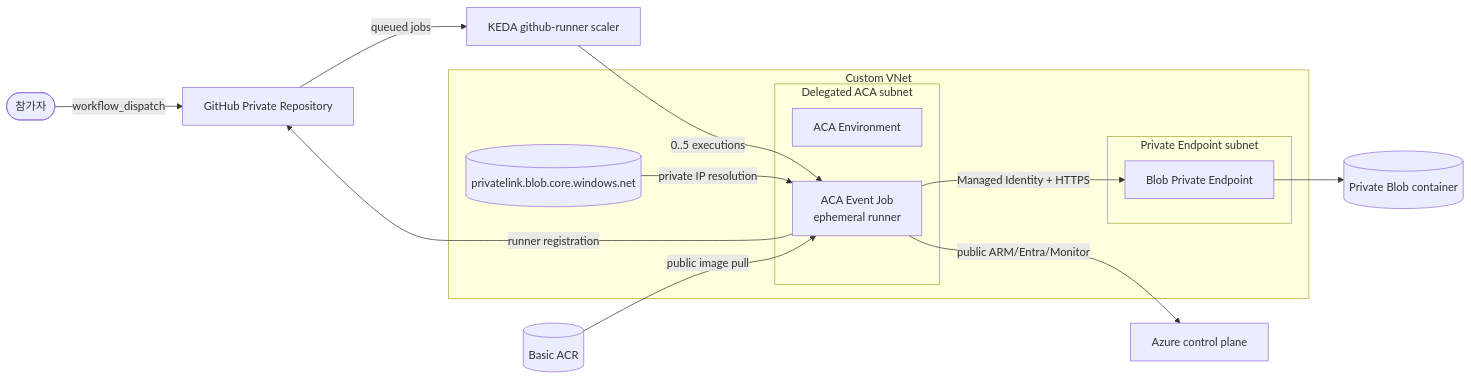
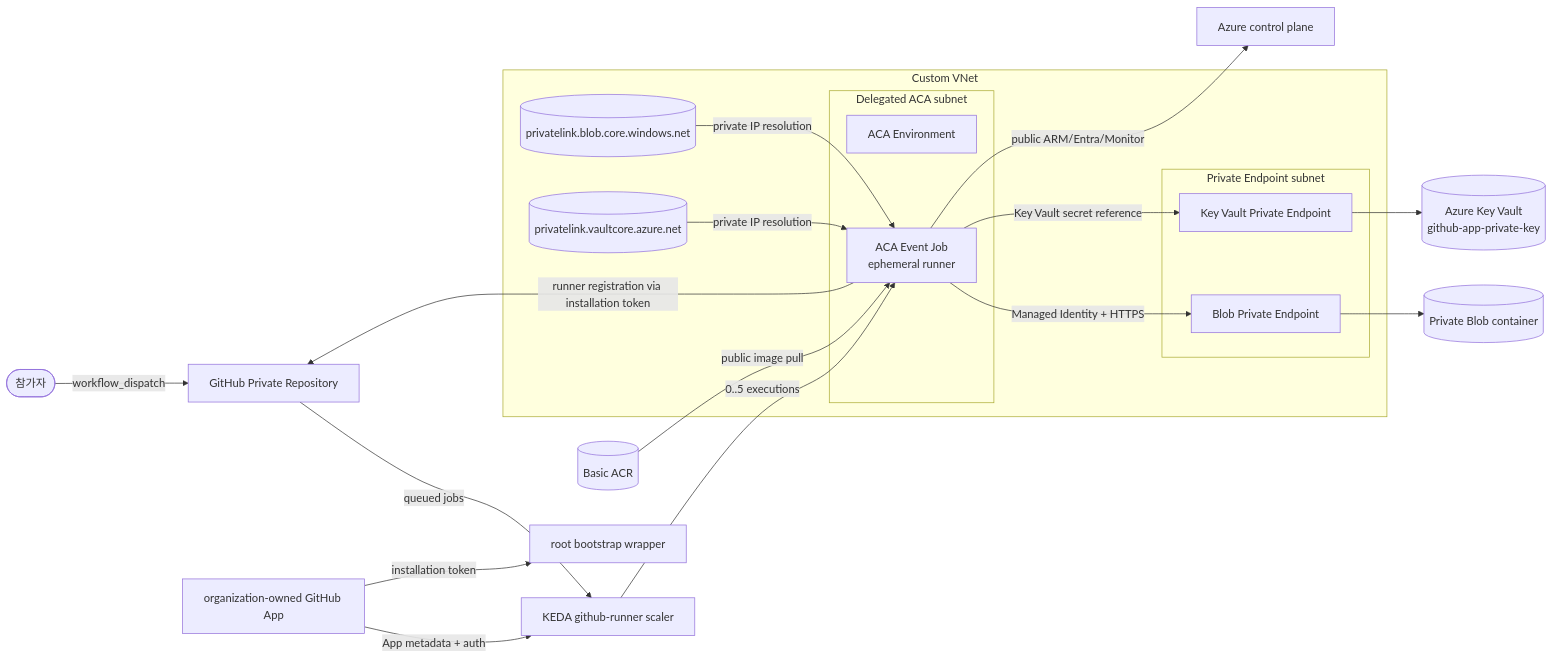
Before and after one commit to freeman9844/aca-github-runner-workshop-private: the diagram in README.md, drawn with Mermaid. The commit also changed other lines of this file and 3 other files, not shown here.

Commit message:
docs: align workshop with GitHub App architecture

````diff
--- a/README.md
+++ b/README.md
@@ -38,24 +38,31 @@
 ```mermaid
 flowchart LR
   user([참가자]) -->|workflow_dispatch| repo[GitHub Private Repository]
   repo -->|queued jobs| keda[KEDA github-runner scaler]
+  ghapp[organization-owned GitHub App] -->|App metadata + auth| keda
+  ghapp -->|installation token| rootwrap[root bootstrap wrapper]
 
   subgraph vnet[Custom VNet]
     subgraph acaSubnet[Delegated ACA subnet]
       env[ACA Environment]
       job[ACA Event Job\nephemeral runner]
     end
     subgraph peSubnet[Private Endpoint subnet]
-      pe[Blob Private Endpoint]
+      bpe[Blob Private Endpoint]
+      kvpe[Key Vault Private Endpoint]
     end
-    dns[(privatelink.blob.core.windows.net)]
+    bdns[(privatelink.blob.core.windows.net)]
+    kvdns[(privatelink.vaultcore.azure.net)]
   end
 
   keda -->|0..5 executions| job
-  job -->|runner registration| repo
-  job -->|Managed Identity + HTTPS| pe
-  pe --> storage[(Private Blob container)]
-  dns -->|private IP resolution| job
+  job -->|runner registration via installation token| repo
+  job -->|Managed Identity + HTTPS| bpe
+  bpe --> storage[(Private Blob container)]
+  bdns -->|private IP resolution| job
+  kvpe --> kv[(Azure Key Vault\ngithub-app-private-key)]
+  kvdns -->|private IP resolution| job
+  job -->|Key Vault secret reference| kvpe
   acr[(Basic ACR)] -->|public image pull| job
   job -->|public ARM/Entra/Monitor| azure[Azure control plane]
 ```
````
